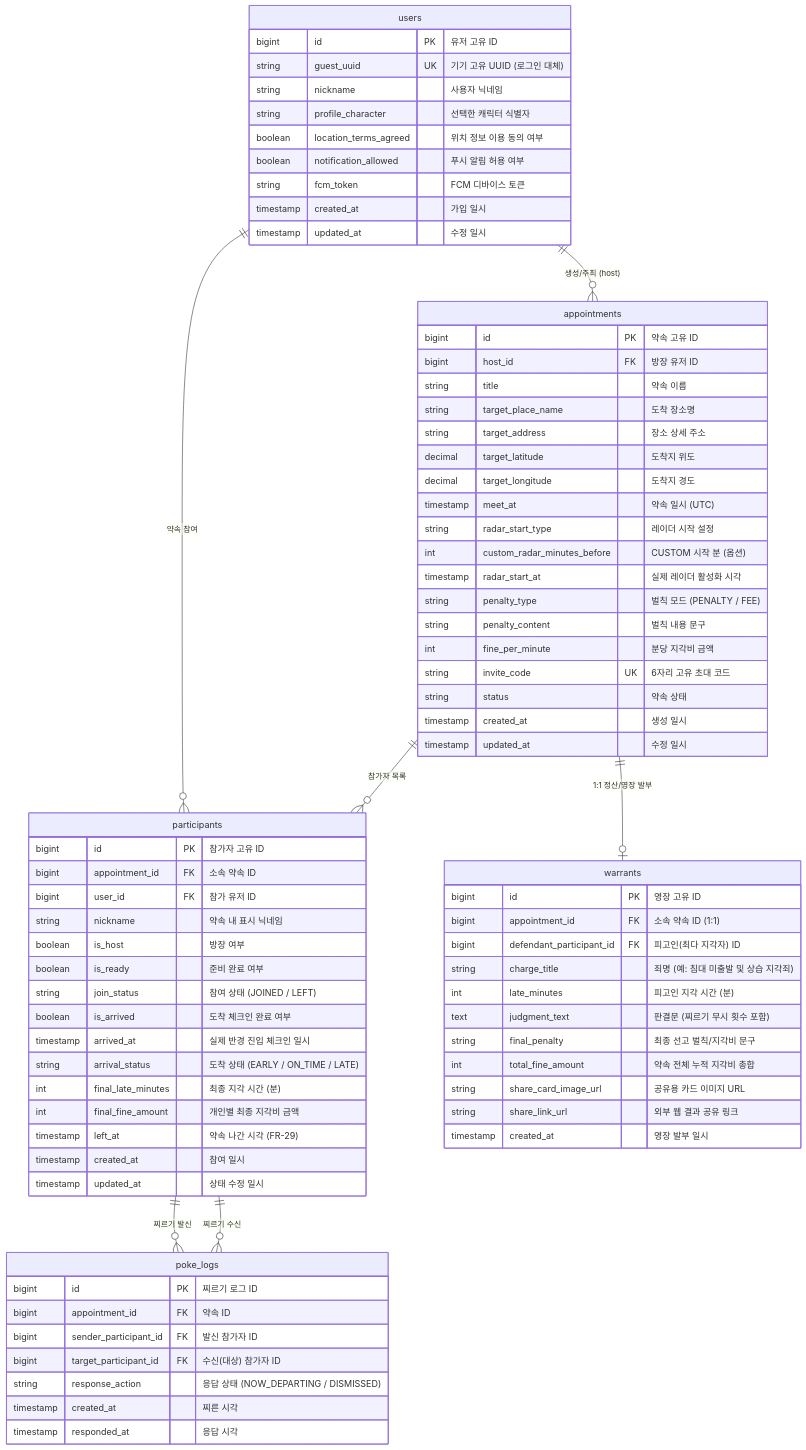
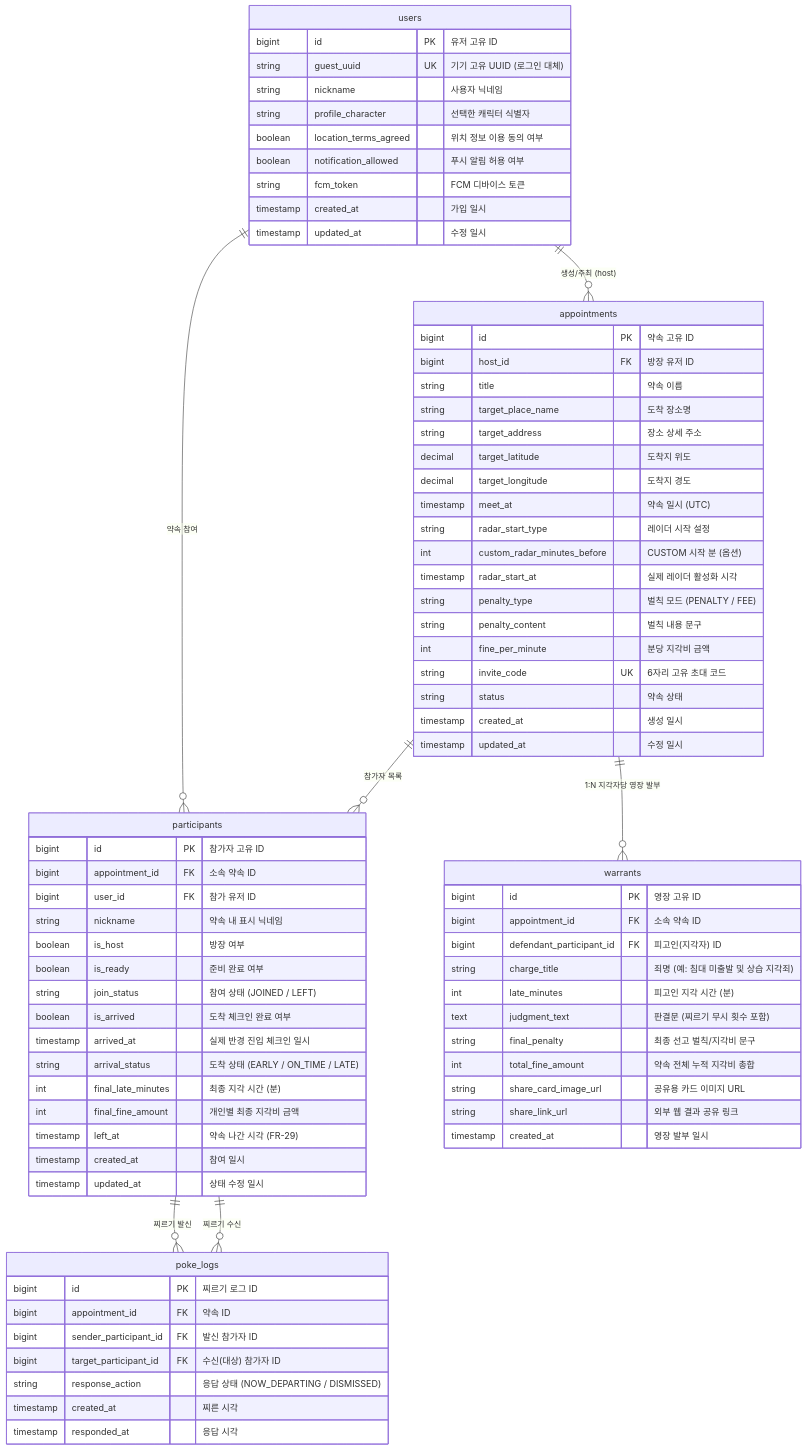
One commit to gomoboo/ETA_BE changed the diagram in docs/DB_SCHEMA.md. Above: the diagram before and after it, drawn with Mermaid. The commit also changed other lines of this file and 10 other files, not shown here.

```diff
--- a/docs/DB_SCHEMA.md
+++ b/docs/DB_SCHEMA.md
@@ -13,7 +13,7 @@
     users ||--o{ appointments : "생성/주최 (host)"
     users ||--o{ participants : "약속 참여"
     appointments ||--o{ participants : "참가자 목록"
-    appointments ||--o| warrants : "1:1 정산/영장 발부"
+    appointments ||--o{ warrants : "1:N 지각자당 영장 발부"
     participants ||--o{ poke_logs : "찌르기 발신"
     participants ||--o{ poke_logs : "찌르기 수신"
 
@@ -80,8 +80,8 @@
 
     warrants {
         bigint id PK "영장 고유 ID"
-        bigint appointment_id FK "소속 약속 ID (1:1)"
-        bigint defendant_participant_id FK "피고인(최다 지각자) ID"
+        bigint appointment_id FK "소속 약속 ID"
+        bigint defendant_participant_id FK "피고인(지각자) ID"
         string charge_title "죄명 (예: 침대 미출발 및 상습 지각죄)"
         int late_minutes "피고인 지각 시간 (분)"
         text judgment_text "판결문 (찌르기 무시 횟수 포함)"
```
